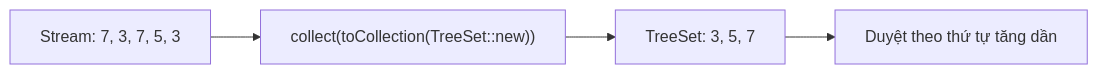
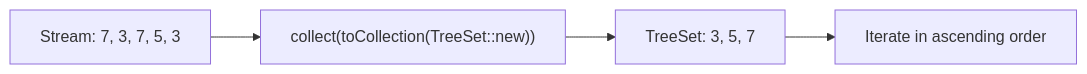
Before and after one commit to phuongnguyenit93/learning-platform-data: the diagram in module/platform/development/programming/language/java/core/stream-api/content/knowledge/en/14.collecting-to-collections/collecting-to-collections-006.md, drawn with Mermaid. The commit also changed other lines of this file and 2307 other files, not shown here.

```diff
--- a/module/platform/development/programming/language/java/core/stream-api/content/knowledge/en/14.collecting-to-collections/collecting-to-collections-006.md
+++ b/module/platform/development/programming/language/java/core/stream-api/content/knowledge/en/14.collecting-to-collections/collecting-to-collections-006.md
@@ -60,6 +60,6 @@
 ~~~mermaid
 flowchart LR
     A["Stream: 7, 3, 7, 5, 3"] --> B["collect(toCollection(TreeSet::new))"]
     B --> C["TreeSet: 3, 5, 7"]
-    C --> D["Duyệt theo thứ tự tăng dần"]
+    C --> D["Iterate in ascending order"]
 ~~~
```
